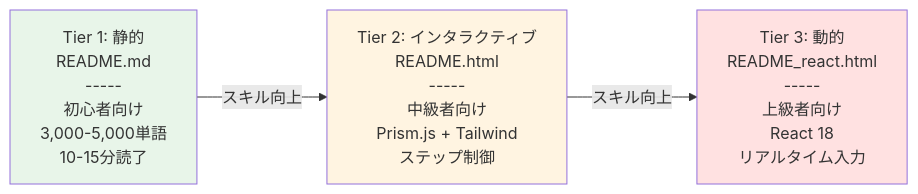
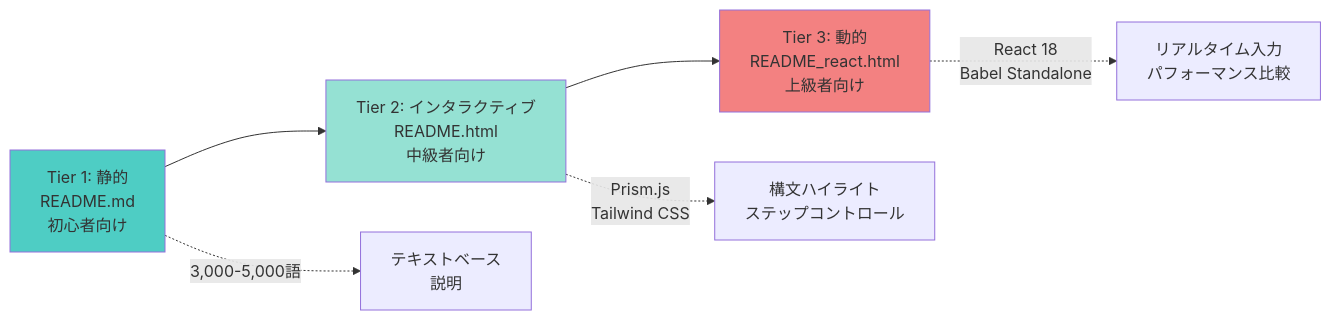
One commit to myoshi2891/Algorithm-DataStructures-Math-SQL changed the fifth of 9 diagrams in README.md. Above: the diagram before and after it, drawn with Mermaid. The commit also changed other lines of this file, not shown here.

````diff
--- a/README.md
+++ b/README.md
@@ -291,13 +302,13 @@
 ```mermaid
 graph LR
-    T1[Tier 1: 静的<br/>README.md<br/>-----<br/>初心者向け<br/>3,000-5,000単語<br/>10-15分読了]
-    T2[Tier 2: インタラクティブ<br/>README.html<br/>-----<br/>中級者向け<br/>Prism.js + Tailwind<br/>ステップ制御]
-    T3[Tier 3: 動的<br/>README_react.html<br/>-----<br/>上級者向け<br/>React 18<br/>リアルタイム入力]
-
-    T1 -->|スキル向上| T2
-    T2 -->|スキル向上| T3
-
-    style T1 fill:#e8f5e9
-    style T2 fill:#fff4e1
-    style T3 fill:#ffe1e1
+    T1[Tier 1: 静的<br/>README.md<br/>初心者向け] --> T2[Tier 2: インタラクティブ<br/>README.html<br/>中級者向け]
+    T2 --> T3[Tier 3: 動的<br/>README_react.html<br/>上級者向け]
+    
+    T1 -.->|3,000-5,000語| D1[テキストベース<br/>説明]
+    T2 -.->|Prism.js<br/>Tailwind CSS| D2[構文ハイライト<br/>ステップコントロール]
+    T3 -.->|React 18<br/>Babel Standalone| D3[リアルタイム入力<br/>パフォーマンス比較]
+    
+    style T1 fill:#4ecdc4
+    style T2 fill:#95e1d3
+    style T3 fill:#f38181
 ```
````
